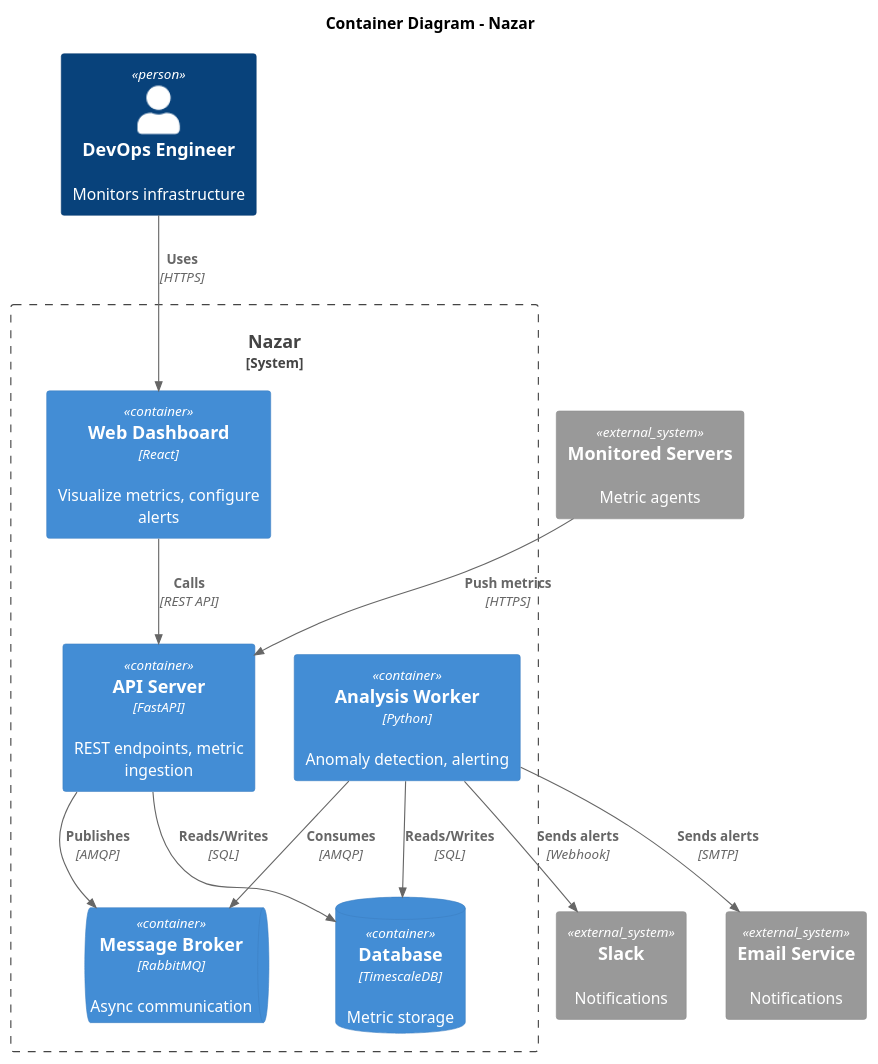
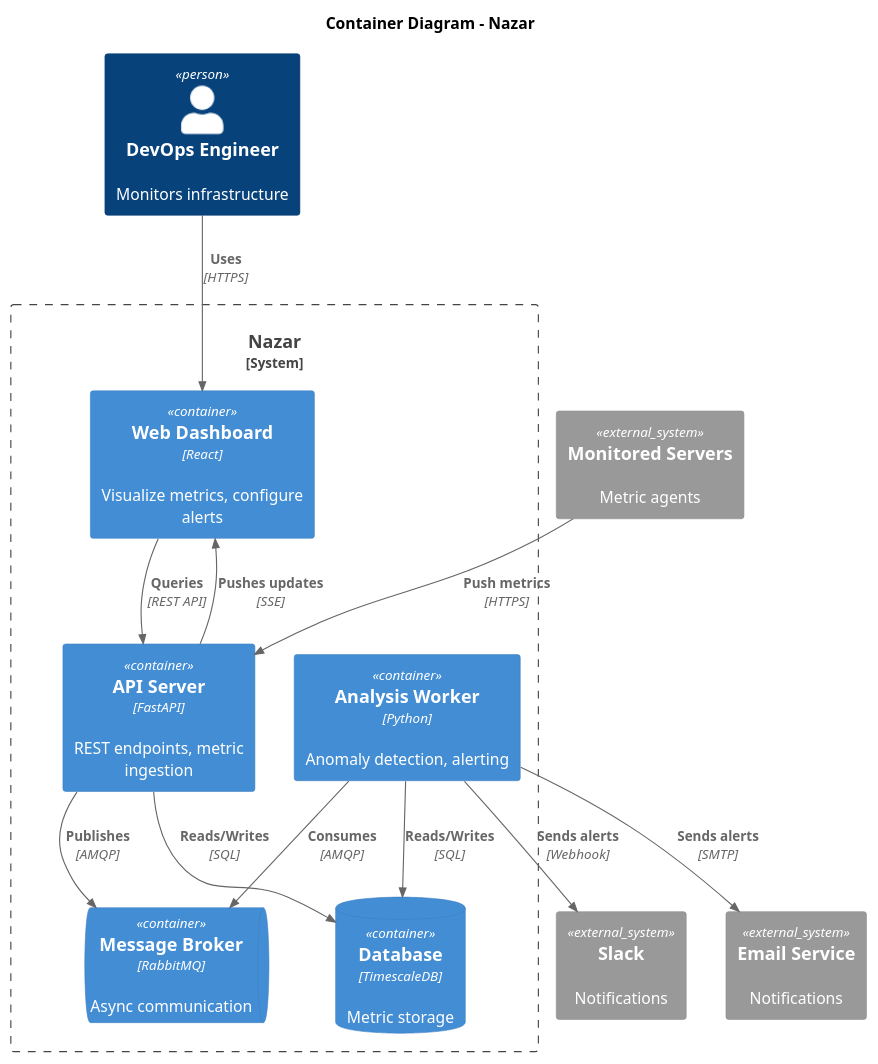
One commit to vector94/nazar changed the diagram in docs/arc42/diagrams/puml/c4_container.puml. Above: the diagram before and after it, drawn with PlantUML. The commit also changed 10 other files, not shown here.

Commit message:
Add SSE documentation and update diagrams

```diff
--- a/docs/arc42/diagrams/puml/c4_container.puml
+++ b/docs/arc42/diagrams/puml/c4_container.puml
@@ -1,30 +1,31 @@
 @startuml c4_container
 !include https://raw.githubusercontent.com/plantuml-stdlib/C4-PlantUML/master/C4_Container.puml
 
 title Container Diagram - Nazar
 
 Person(user, "DevOps Engineer", "Monitors infrastructure")
 
 System_Boundary(nazar, "Nazar") {
     Container(webapp, "Web Dashboard", "React", "Visualize metrics, configure alerts")
     Container(api, "API Server", "FastAPI", "REST endpoints, metric ingestion")
     Container(worker, "Analysis Worker", "Python", "Anomaly detection, alerting")
     ContainerQueue(mq, "Message Broker", "RabbitMQ", "Async communication")
     ContainerDb(db, "Database", "TimescaleDB", "Metric storage")
 }
 
 System_Ext(servers, "Monitored Servers", "Metric agents")
 System_Ext(slack, "Slack", "Notifications")
 System_Ext(email, "Email Service", "Notifications")
 
 Rel(user, webapp, "Uses", "HTTPS")
-Rel(webapp, api, "Calls", "REST API")
+Rel(webapp, api, "Queries", "REST API")
+Rel(api, webapp, "Pushes updates", "SSE")
 Rel(servers, api, "Push metrics", "HTTPS")
 Rel(api, mq, "Publishes", "AMQP")
 Rel(api, db, "Reads/Writes", "SQL")
 Rel(worker, mq, "Consumes", "AMQP")
 Rel(worker, db, "Reads/Writes", "SQL")
 Rel(worker, slack, "Sends alerts", "Webhook")
 Rel(worker, email, "Sends alerts", "SMTP")
 
 @enduml
```
